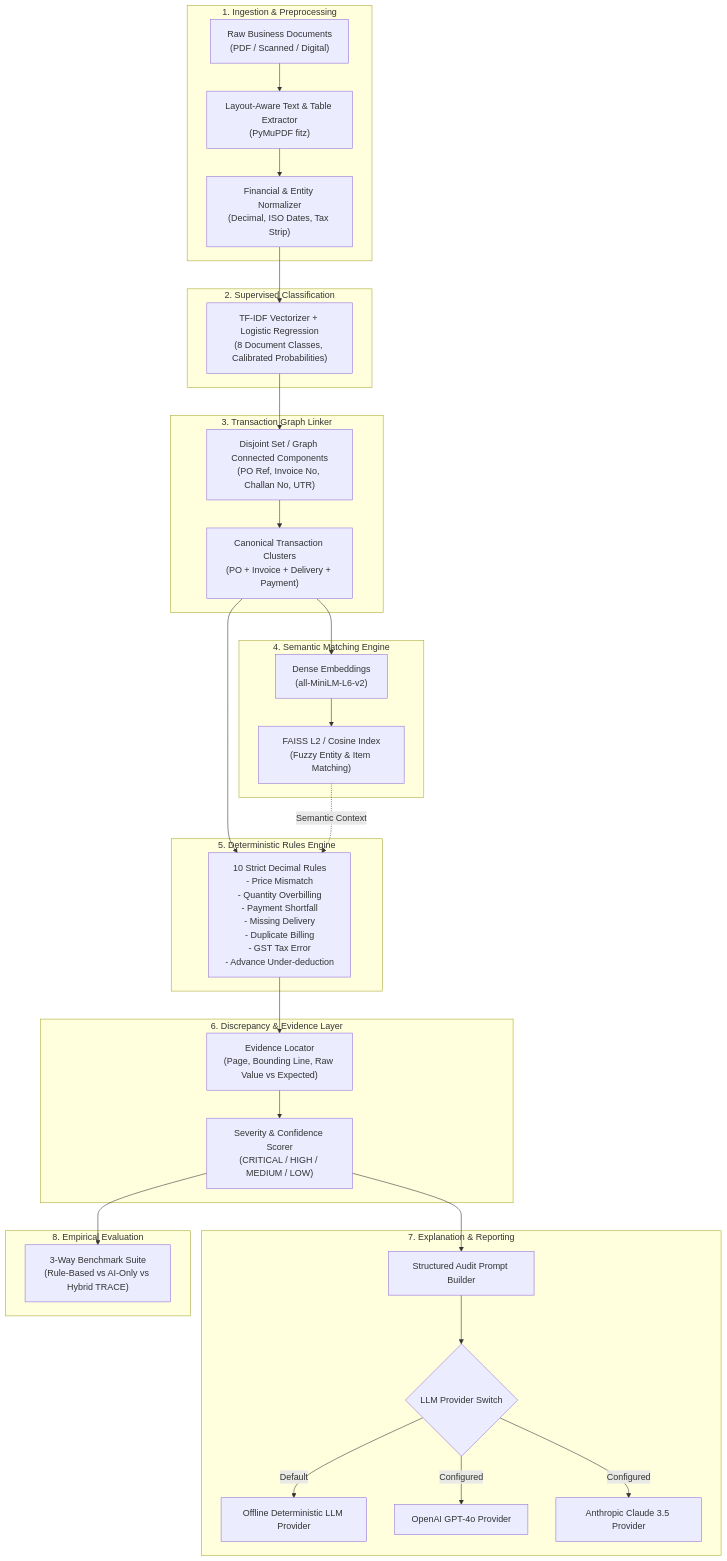
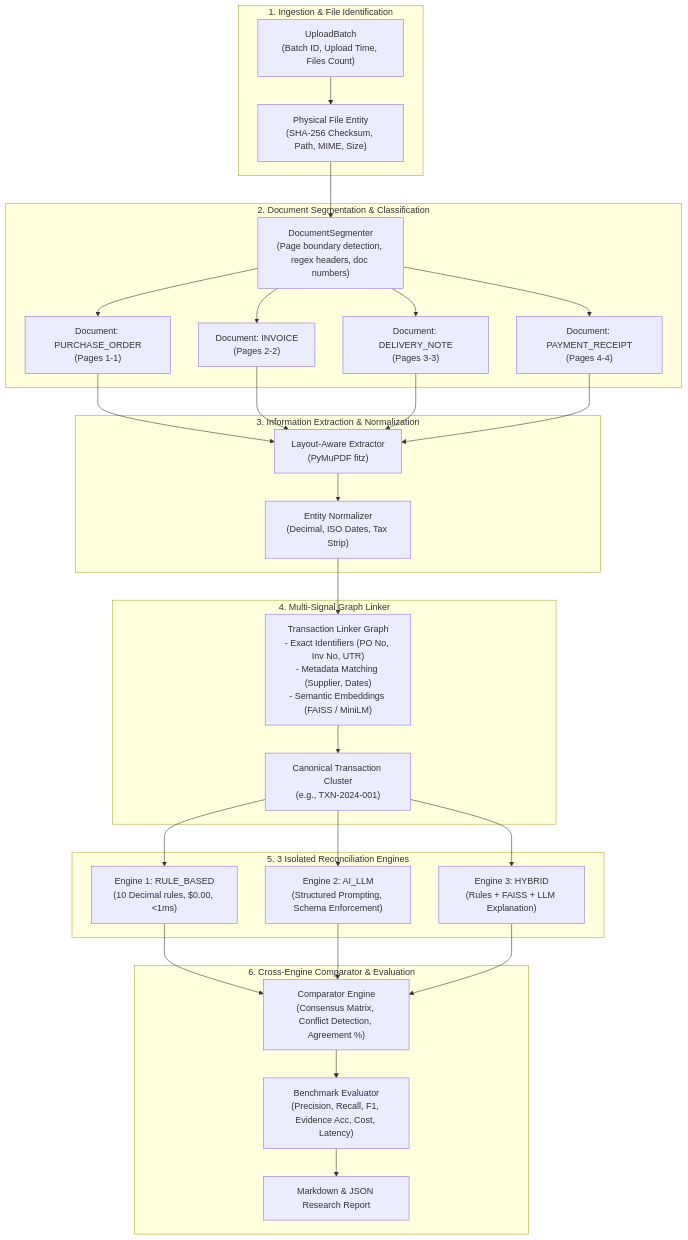
The diagram in README.md (Angularpush/Trace), drawn with Mermaid before and after one commit. The commit also changed other lines of this file and 52 other files, not shown here.

Commit message:
making the architecture working

````diff
--- a/README.md
+++ b/README.md
@@ -36,43 +39,36 @@
 ```mermaid
 flowchart TD
-    subgraph INGESTION ["1. Ingestion & Preprocessing"]
-        DOCS["Raw Business Documents\n(PDF / Scanned / Digital)"] --> EXT["Layout-Aware Text & Table Extractor\n(PyMuPDF fitz)"]
-        EXT --> NORM["Financial & Entity Normalizer\n(Decimal, ISO Dates, Tax Strip)"]
+    subgraph INGESTION ["1. Ingestion & File Identification"]
+        BATCH["UploadBatch\n(Batch ID, Upload Time, Files Count)"] --> FILE["Physical File Entity\n(SHA-256 Checksum, Path, MIME, Size)"]
     end
 
-    subgraph CLASSIFICATION ["2. Supervised Classification"]
-        NORM --> CLF["TF-IDF Vectorizer + Logistic Regression\n(8 Document Classes, Calibrated Probabilities)"]
+    subgraph SEGMENTATION ["2. Document Segmentation & Classification"]
+        FILE --> SEG["DocumentSegmenter\n(Page boundary detection, regex headers, doc numbers)"]
+        SEG --> DOC1["Document: PURCHASE_ORDER\n(Pages 1-1)"]
+        SEG --> DOC2["Document: INVOICE\n(Pages 2-2)"]
+        SEG --> DOC3["Document: DELIVERY_NOTE\n(Pages 3-3)"]
+        SEG --> DOC4["Document: PAYMENT_RECEIPT\n(Pages 4-4)"]
     end
 
-    subgraph LINKING ["3. Transaction Graph Linker"]
-        CLF --> GRAPH["Disjoint Set / Graph Connected Components\n(PO Ref, Invoice No, Challan No, UTR)"]
-        GRAPH --> TXN_CLUSTER["Canonical Transaction Clusters\n(PO + Invoice + Delivery + Payment)"]
+    subgraph EXTRACTION ["3. Information Extraction & Normalization"]
+        DOC1 & DOC2 & DOC3 & DOC4 --> EXT["Layout-Aware Extractor\n(PyMuPDF fitz)"]
+        EXT --> NORM["Entity Normalizer\n(Decimal, ISO Dates, Tax Strip)"]
     end
 
-    subgraph SEMANTIC ["4. Semantic Matching Engine"]
-        TXN_CLUSTER --> EMB["Dense Embeddings\n(all-MiniLM-L6-v2)"]
-        EMB --> FAISS_INDEX["FAISS L2 / Cosine Index\n(Fuzzy Entity & Item Matching)"]
+    subgraph LINKING ["4. Multi-Signal Graph Linker"]
+        NORM --> GRAPH["Transaction Linker Graph\n- Exact Identifiers (PO No, Inv No, UTR)\n- Metadata Matching (Supplier, Dates)\n- Semantic Embeddings (FAISS / MiniLM)"]
+        GRAPH --> TXN["Canonical Transaction Cluster\n(e.g., TXN-2024-001)"]
     end
 
-    subgraph RULES ["5. Deterministic Rules Engine"]
-        TXN_CLUSTER --> DET_RULES["10 Strict Decimal Rules\n- Price Mismatch\n- Quantity Overbilling\n- Payment Shortfall\n- Missing Delivery\n- Duplicate Billing\n- GST Tax Error\n- Advance Under-deduction"]
-        FAISS_INDEX -. Semantic Context .-> DET_RULES
+    subgraph ENGINES ["5. 3 Isolated Reconciliation Engines"]
+        TXN --> R_ENG["Engine 1: RULE_BASED\n(10 Decimal rules, $0.00, <1ms)"]
+        TXN --> AI_ENG["Engine 2: AI_LLM\n(Structured Prompting, Schema Enforcement)"]
+        TXN --> H_ENG["Engine 3: HYBRID\n(Rules + FAISS + LLM Explanation)"]
     end
 
-    subgraph AUDIT ["6. Discrepancy & Evidence Layer"]
-        DET_RULES --> LOCATOR["Evidence Locator\n(Page, Bounding Line, Raw Value vs Expected)"]
-        LOCATOR --> SCORER["Severity & Confidence Scorer\n(CRITICAL / HIGH / MEDIUM / LOW)"]
-    end
-
-    subgraph LLM ["7. Explanation & Reporting"]
-        SCORER --> PROMPT["Structured Audit Prompt Builder"]
-        PROMPT --> PROVIDERS{"LLM Provider Switch"}
-        PROVIDERS -->|Default| OFFLINE["Offline Deterministic LLM Provider"]
-        PROVIDERS -->|Configured| OPENAI["OpenAI GPT-4o Provider"]
-        PROVIDERS -->|Configured| ANTHROPIC["Anthropic Claude 3.5 Provider"]
-    end
-
-    subgraph BENCHMARK ["8. Empirical Evaluation"]
-        SCORER --> BENCH["3-Way Benchmark Suite\n(Rule-Based vs AI-Only vs Hybrid TRACE)"]
+    subgraph COMPARISON ["6. Cross-Engine Comparator & Evaluation"]
+        R_ENG & AI_ENG & H_ENG --> COMP["Comparator Engine\n(Consensus Matrix, Conflict Detection, Agreement %)"]
+        COMP --> EVAL["Benchmark Evaluator\n(Precision, Recall, F1, Evidence Acc, Cost, Latency)"]
+        EVAL --> REPORT["Markdown & JSON Research Report"]
     end
 ```
````
